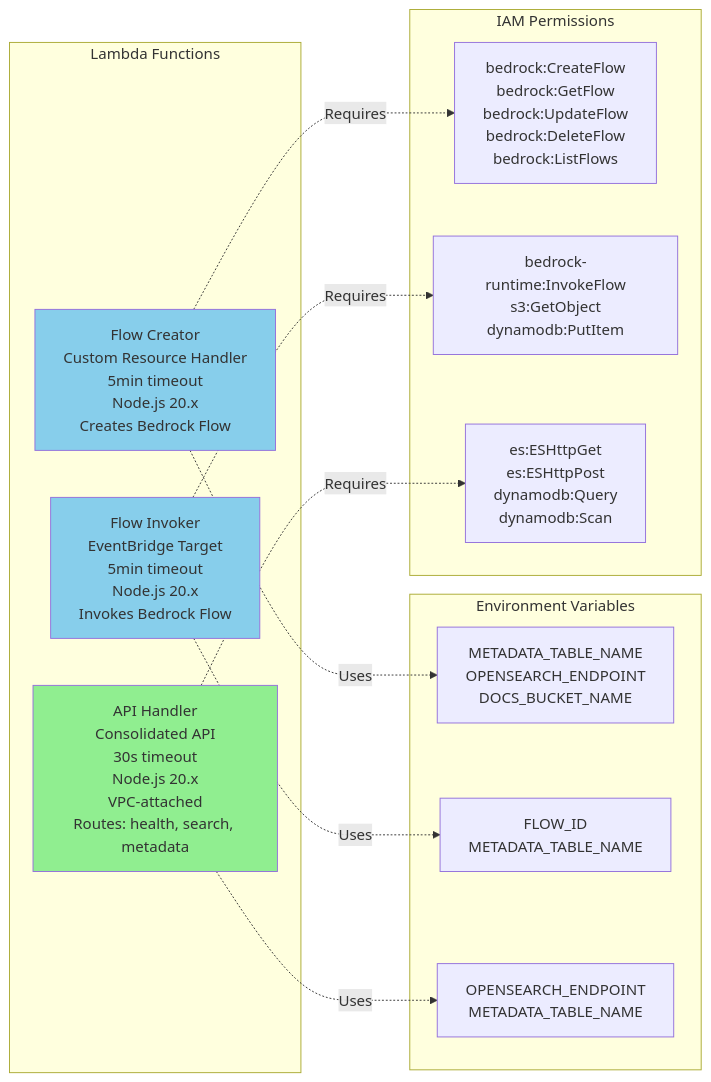
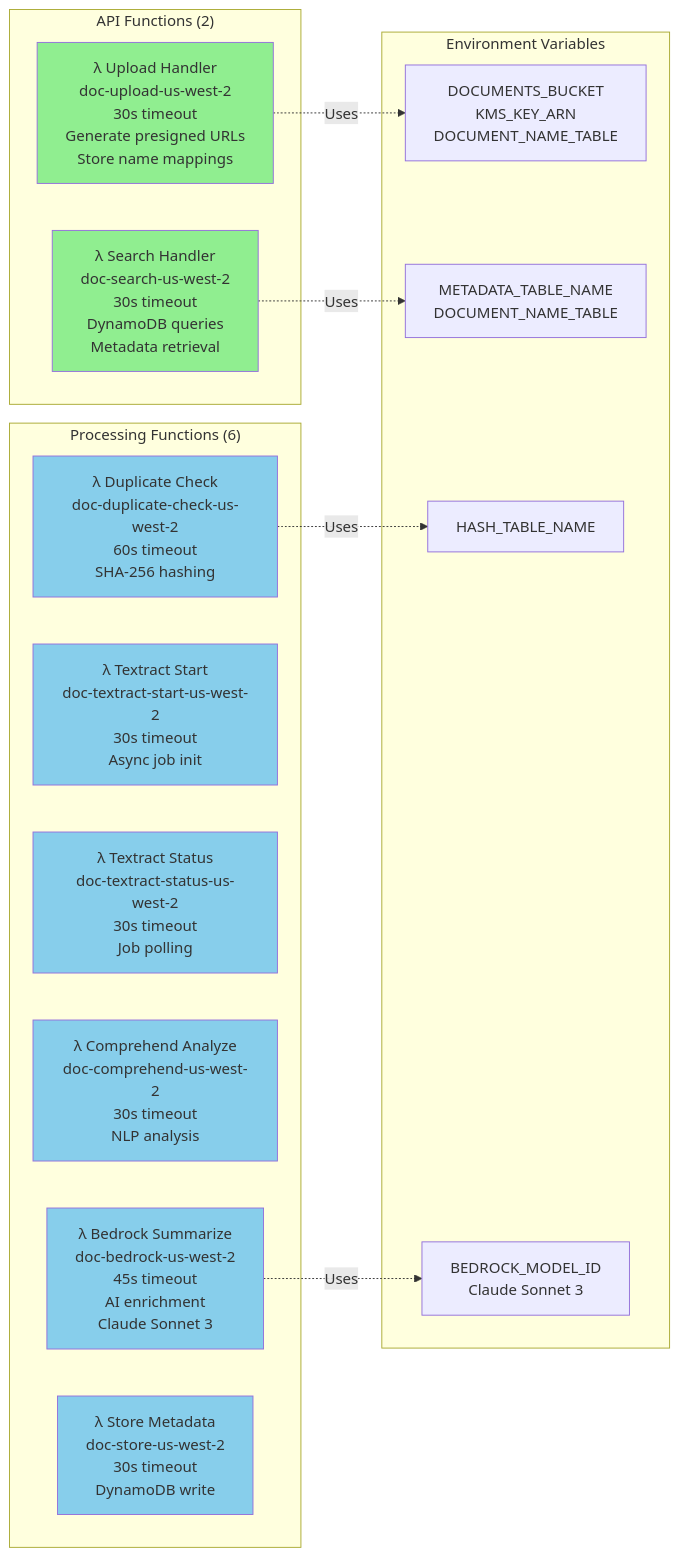
Before and after one commit to annabook21/IntelligentDoc_Processor: the second of 13 diagrams in ARCHITECTURE.md, drawn with Mermaid. The commit also changed other lines of this file and 5 other files, not shown here.

````diff
--- a/ARCHITECTURE.md
+++ b/ARCHITECTURE.md
@@ -176,32 +219,37 @@
 ```mermaid
 graph LR
-    subgraph "Lambda Functions"
-        FC[Flow Creator<br/>Custom Resource Handler<br/>5min timeout<br/>Node.js 20.x<br/>Creates Bedrock Flow]
-        FI[Flow Invoker<br/>EventBridge Target<br/>5min timeout<br/>Node.js 20.x<br/>Invokes Bedrock Flow]
-        API[API Handler<br/>Consolidated API<br/>30s timeout<br/>Node.js 20.x<br/>VPC-attached<br/>Routes: health, search, metadata]
+    subgraph "API Functions (2)"
+        Upload[λ Upload Handler<br/>doc-upload-us-west-2<br/>30s timeout<br/>Generate presigned URLs<br/>Store name mappings]
+        Search[λ Search Handler<br/>doc-search-us-west-2<br/>30s timeout<br/>DynamoDB queries<br/>Metadata retrieval]
+    end
+
+    subgraph "Processing Functions (6)"
+        DupCheck[λ Duplicate Check<br/>doc-duplicate-check-us-west-2<br/>60s timeout<br/>SHA-256 hashing]
+        TextStart[λ Textract Start<br/>doc-textract-start-us-west-2<br/>30s timeout<br/>Async job init]
+        TextStatus[λ Textract Status<br/>doc-textract-status-us-west-2<br/>30s timeout<br/>Job polling]
+        Comp[λ Comprehend Analyze<br/>doc-comprehend-us-west-2<br/>30s timeout<br/>NLP analysis]
+        BR[λ Bedrock Summarize<br/>doc-bedrock-us-west-2<br/>45s timeout<br/>AI enrichment<br/>Claude Sonnet 3]
+        Store[λ Store Metadata<br/>doc-store-us-west-2<br/>30s timeout<br/>DynamoDB write]
     end
 
     subgraph "Environment Variables"
-        FC_ENV[METADATA_TABLE_NAME<br/>OPENSEARCH_ENDPOINT<br/>DOCS_BUCKET_NAME]
-        FI_ENV[FLOW_ID<br/>METADATA_TABLE_NAME]
-        API_ENV[OPENSEARCH_ENDPOINT<br/>METADATA_TABLE_NAME]
+        ENV1[DOCUMENTS_BUCKET<br/>KMS_KEY_ARN<br/>DOCUMENT_NAME_TABLE]
+        ENV2[METADATA_TABLE_NAME<br/>DOCUMENT_NAME_TABLE]
+        ENV3[HASH_TABLE_NAME]
+        ENV4[BEDROCK_MODEL_ID<br/>Claude Sonnet 3]
     end
 
-    subgraph "IAM Permissions"
-        FC_IAM[bedrock:CreateFlow<br/>bedrock:GetFlow<br/>bedrock:UpdateFlow<br/>bedrock:DeleteFlow<br/>bedrock:ListFlows]
-        FI_IAM[bedrock-runtime:InvokeFlow<br/>s3:GetObject<br/>dynamodb:PutItem]
-        API_IAM[es:ESHttpGet<br/>es:ESHttpPost<br/>dynamodb:Query<br/>dynamodb:Scan]
-    end
+    Upload -.->|Uses| ENV1
+    Search -.->|Uses| ENV2
+    DupCheck -.->|Uses| ENV3
+    BR -.->|Uses| ENV4
 
-    FC -.->|Uses| FC_ENV
-    FI -.->|Uses| FI_ENV
-    API -.->|Uses| API_ENV
-
-    FC -.->|Requires| FC_IAM
-    FI -.->|Requires| FI_IAM
-    API -.->|Requires| API_IAM
-
-    style FC fill:#87CEEB
-    style FI fill:#87CEEB
-    style API fill:#90EE90
+    style Upload fill:#90EE90
+    style Search fill:#90EE90
+    style DupCheck fill:#87CEEB
+    style TextStart fill:#87CEEB
+    style TextStatus fill:#87CEEB
+    style Comp fill:#87CEEB
+    style BR fill:#87CEEB
+    style Store fill:#87CEEB
 ```
````
